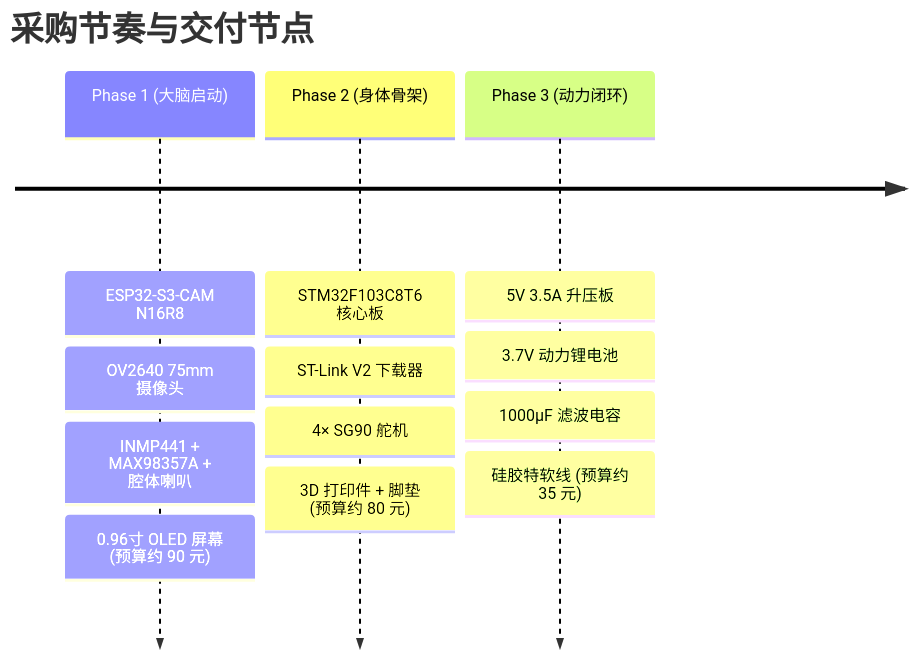
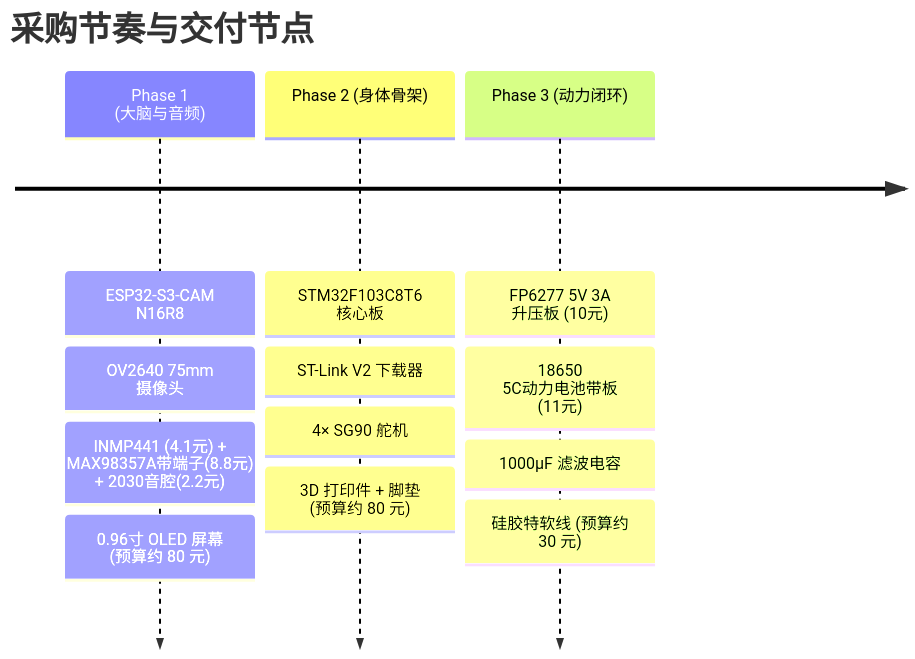
One commit to lllaaa999/- changed the diagram in docs/hardware/BOM.md. Above: the diagram before and after it, drawn with Mermaid. The commit also changed other lines of this file and 5 other files, not shown here.

````diff
--- a/docs/hardware/BOM.md
+++ b/docs/hardware/BOM.md
@@ -62,7 +74,7 @@
 ```mermaid
 timeline
     title 采购节奏与交付节点
-    Phase 1 (大脑启动) : ESP32-S3-CAM N16R8 : OV2640 75mm 摄像头 : INMP441 + MAX98357A + 腔体喇叭 : 0.96寸 OLED 屏幕 (预算约 90 元)
+    Phase 1 (大脑与音频) : ESP32-S3-CAM N16R8 : OV2640 75mm 摄像头 : INMP441 (4.1元) + MAX98357A带端子(8.8元) + 2030音腔(2.2元) : 0.96寸 OLED 屏幕 (预算约 80 元)
     Phase 2 (身体骨架) : STM32F103C8T6 核心板 : ST-Link V2 下载器 : 4× SG90 舵机 : 3D 打印件 + 脚垫 (预算约 80 元)
-    Phase 3 (动力闭环) : 5V 3.5A 升压板 : 3.7V 动力锂电池 : 1000µF 滤波电容 : 硅胶特软线 (预算约 35 元)
+    Phase 3 (动力闭环) : FP6277 5V 3A 升压板 (10元) : 18650 5C动力电池带板 (11元) : 1000µF 滤波电容 : 硅胶特软线 (预算约 30 元)
 ```
````
